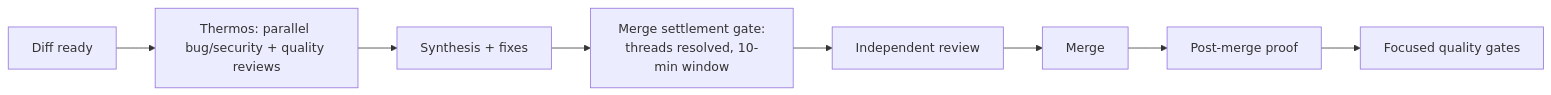
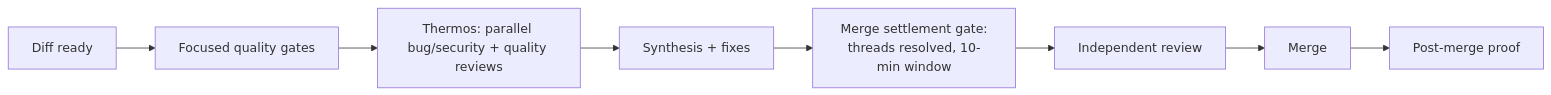
One commit to novotnyllc/railyard changed the diagram in site/src/diagrams/m6-review-gates.mmd. Above: the diagram before and after it, drawn with Mermaid. The commit also changed 3 other files, not shown here.

```diff
--- a/site/src/diagrams/m6-review-gates.mmd
+++ b/site/src/diagrams/m6-review-gates.mmd
@@ -1,8 +1,8 @@
 flowchart LR
-    A[Diff ready] --> B[Thermos: parallel bug/security + quality reviews]
-    B --> C[Synthesis + fixes]
-    C --> D[Merge settlement gate:\nthreads resolved, 10-min window]
-    D --> E[Independent review]
-    E --> F[Merge]
-    F --> G[Post-merge proof]
-    G --> H[Focused quality gates]
+    A[Diff ready] --> B[Focused quality gates]
+    B --> C[Thermos: parallel bug/security + quality reviews]
+    C --> D[Synthesis + fixes]
+    D --> E[Merge settlement gate:\nthreads resolved, 10-min window]
+    E --> F[Independent review]
+    F --> G[Merge]
+    G --> H[Post-merge proof]
```
